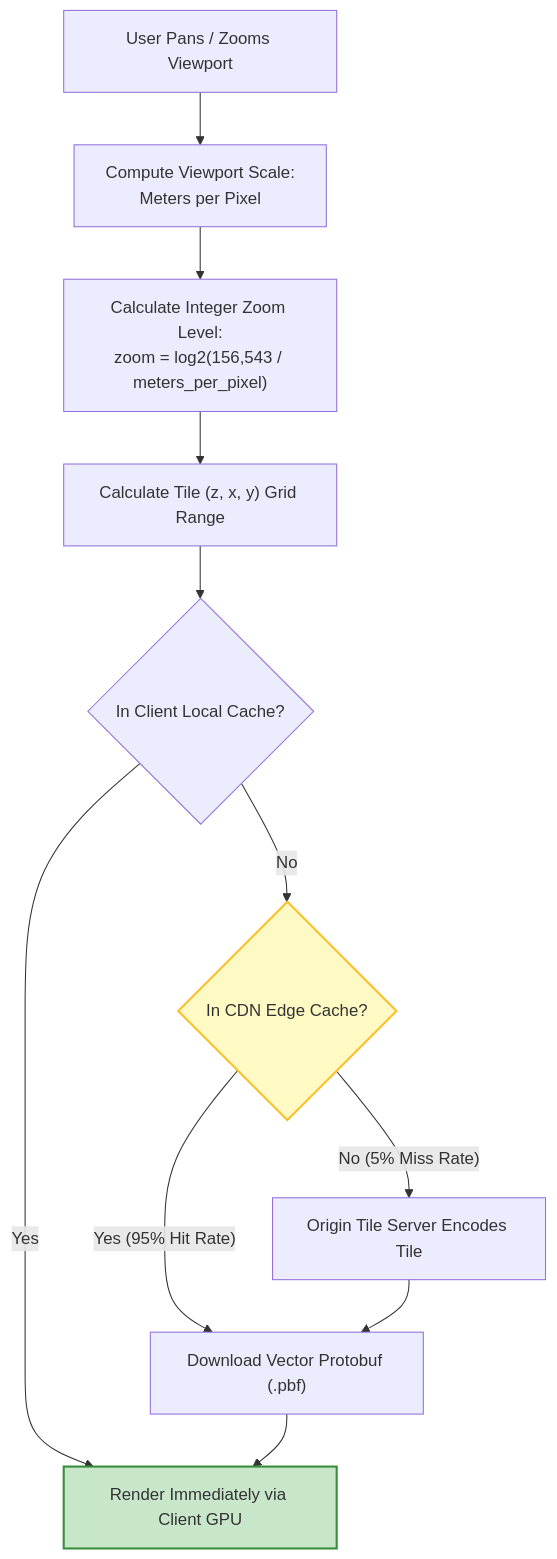
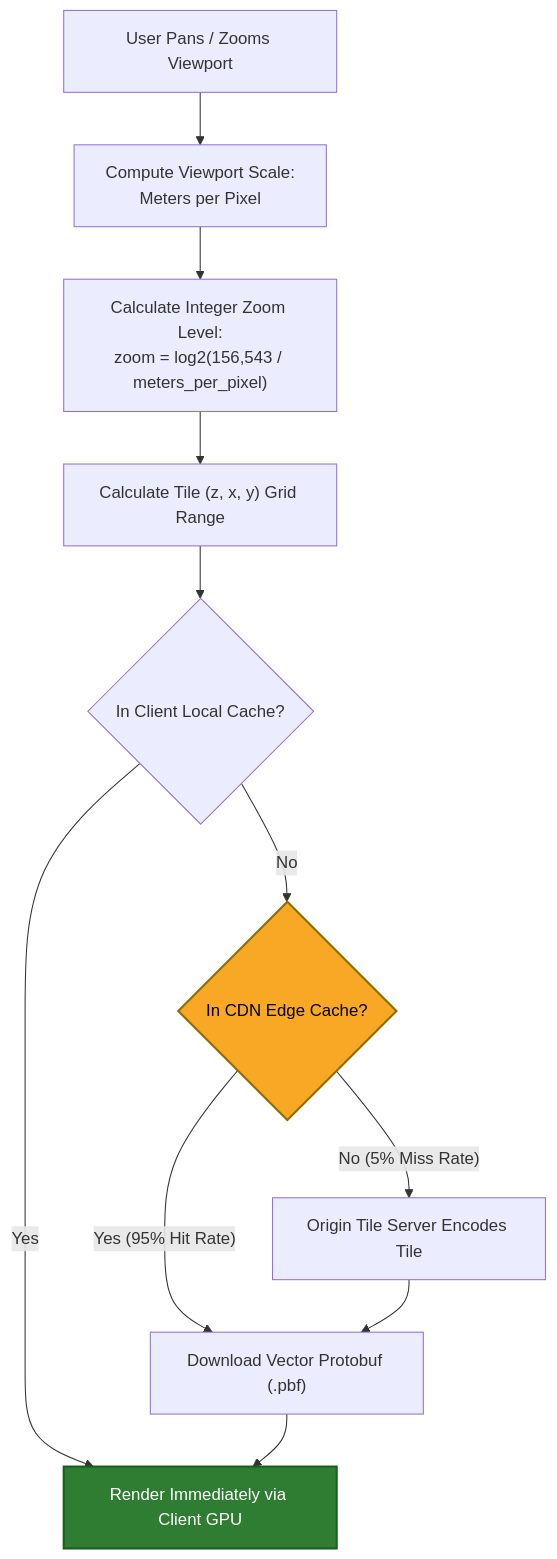
Diagram 18 of 27 in system-design/HLD/0-course/28-Design Google Maps-FAANG-Guide.md (riyaz-pasha/Learnings), drawn with Mermaid before and after one commit. The commit also changed other lines of this file and 1 other file, not shown here.

First line of the commit message:
[HLD] Make Google Maps guide mermaid diagram colors theme-safe

````diff
--- a/system-design/HLD/0-course/28-Design Google Maps-FAANG-Guide.md
+++ b/system-design/HLD/0-course/28-Design Google Maps-FAANG-Guide.md
@@ -833,19 +833,19 @@
 ```mermaid
 flowchart TD
     UserPan["User Pans / Zooms Viewport"] --> ScaleCalc["Compute Viewport Scale:<br/>Meters per Pixel"]
     ScaleCalc --> ZoomLevel["Calculate Integer Zoom Level:<br/>zoom = log2(156,543 / meters_per_pixel)"]
     ZoomLevel --> TileCoords["Calculate Tile (z, x, y) Grid Range"]
     
     TileCoords --> ClientCache{"In Client Local Cache?"}
     ClientCache -->|"Yes"| RenderGPU["Render Immediately via Client GPU"]
     ClientCache -->|"No"| CDNEdge{"In CDN Edge Cache?"}
     
     CDNEdge -->|"Yes (95% Hit Rate)"| DownloadProtobuf["Download Vector Protobuf (.pbf)"]
     CDNEdge -->|"No (5% Miss Rate)"| TileServer["Origin Tile Server Encodes Tile"]
     
     TileServer --> DownloadProtobuf
     DownloadProtobuf --> RenderGPU
 
-    style RenderGPU fill:#c8e6c9,stroke:#388e3c,stroke-width:2px
-    style CDNEdge fill:#fff9c4,stroke:#fbc02d,stroke-width:2px
+    style RenderGPU fill:#2e7d32,stroke:#1b5e20,color:#ffffff,stroke-width:2px
+    style CDNEdge fill:#f9a825,stroke:#8d6e00,color:#000000,stroke-width:2px
 ```
````
